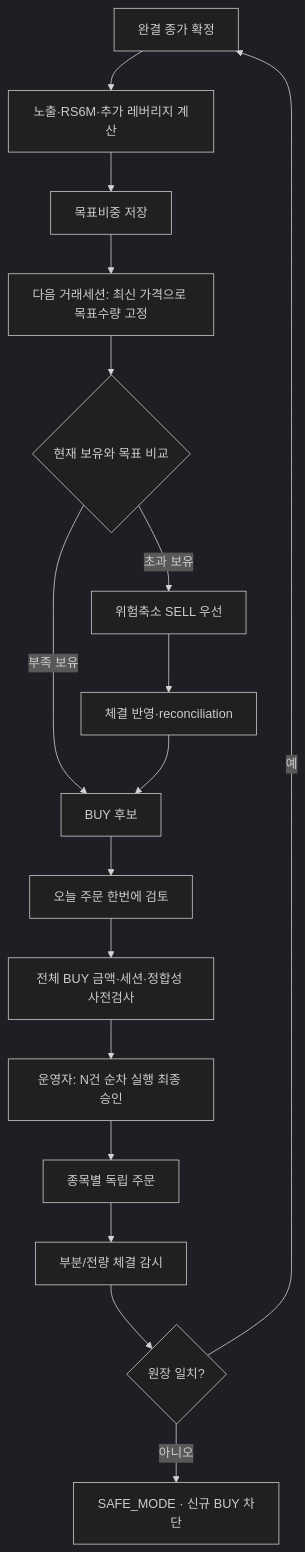
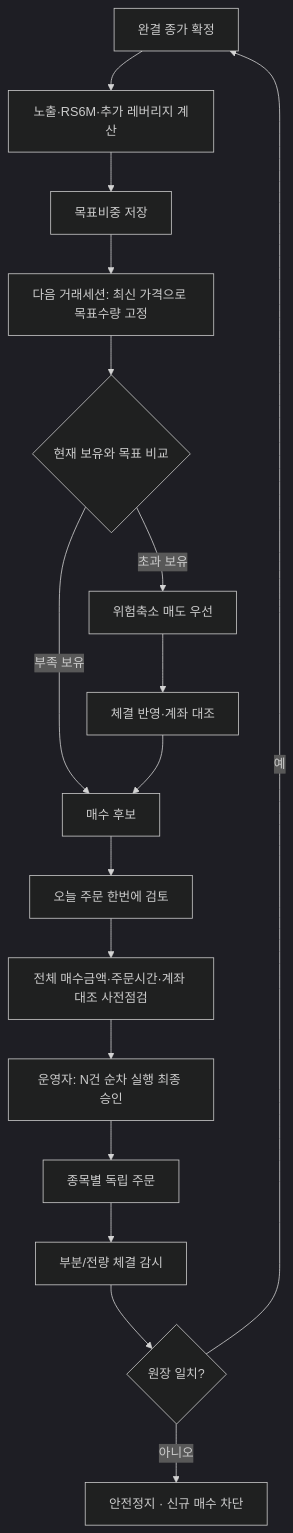
Before and after one commit to hwanff11/JH_HOLDINGS: the second of 2 diagrams in docs/STRATEGY_GUIDE.md, drawn with Mermaid (dark theme). The commit also changed other lines of this file and 20 other files, not shown here.

````diff
--- a/docs/STRATEGY_GUIDE.md
+++ b/docs/STRATEGY_GUIDE.md
@@ -135,19 +135,19 @@
 ```mermaid
 flowchart TD
     A["완결 종가 확정"] --> B["노출·RS6M·추가 레버리지 계산"]
     B --> C["목표비중 저장"]
     C --> D["다음 거래세션: 최신 가격으로 목표수량 고정"]
     D --> E{"현재 보유와 목표 비교"}
-    E -->|초과 보유| F["위험축소 SELL 우선"]
-    F --> G["체결 반영·reconciliation"]
-    E -->|부족 보유| H["BUY 후보"]
+    E -->|초과 보유| F["위험축소 매도 우선"]
+    F --> G["체결 반영·계좌 대조"]
+    E -->|부족 보유| H["매수 후보"]
     G --> H
     H --> I["오늘 주문 한번에 검토"]
-    I --> J["전체 BUY 금액·세션·정합성 사전검사"]
+    I --> J["전체 매수금액·주문시간·계좌 대조 사전점검"]
     J --> K["운영자: N건 순차 실행 최종 승인"]
     K --> L["종목별 독립 주문"]
     L --> M["부분/전량 체결 감시"]
     M --> N{"원장 일치?"}
     N -->|예| A
-    N -->|아니오| O["SAFE_MODE · 신규 BUY 차단"]
+    N -->|아니오| O["안전정지 · 신규 매수 차단"]
 ```
````
